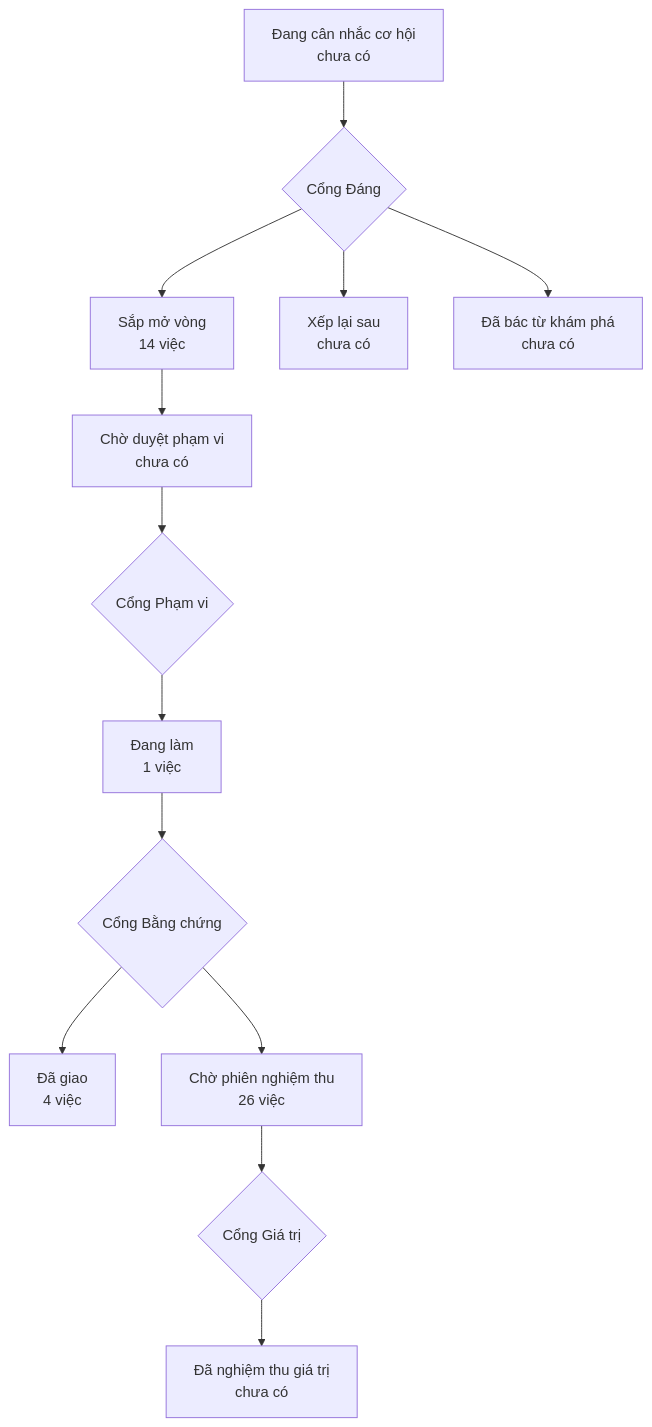
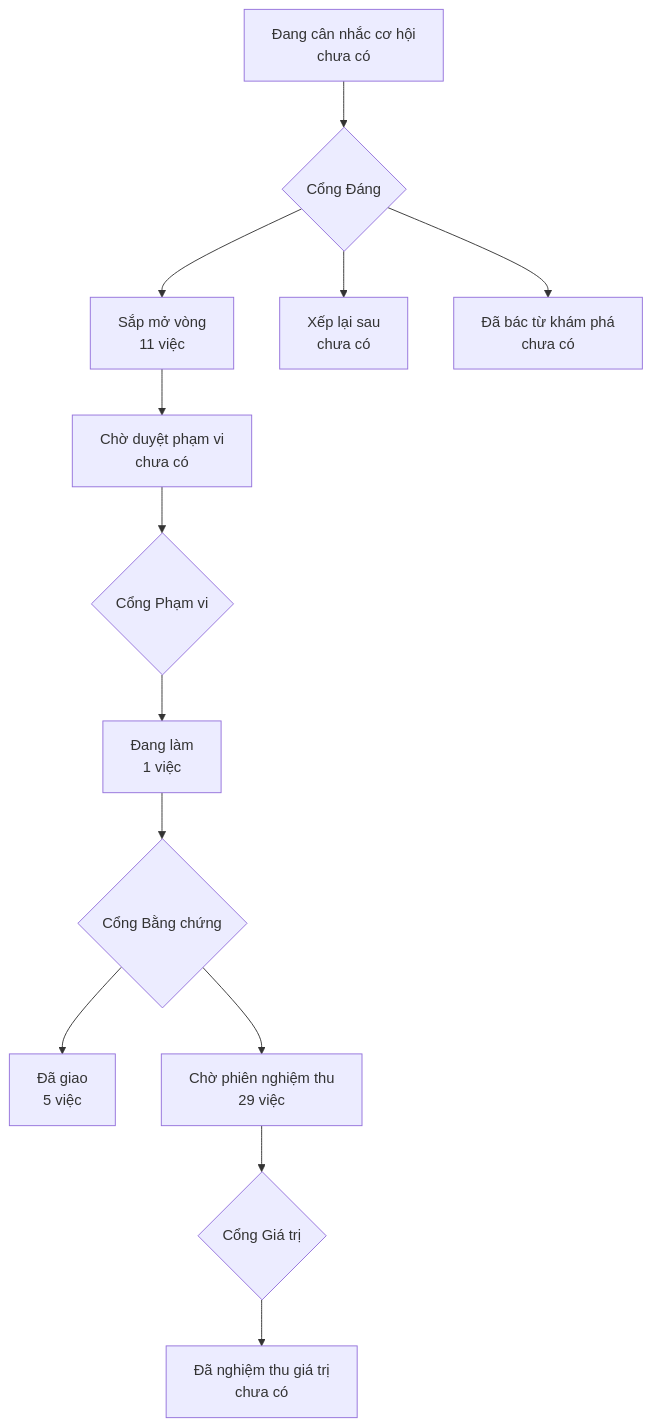
One commit to phanlemanh/onehub-quy-hang changed the diagram in PRODUCT-MAP.md. Above: the diagram before and after it, drawn with Mermaid. The commit also changed other lines of this file and 1 other file, not shown here.

Commit message:
chore: vẽ lại bản đồ sau gộp main

````diff
--- a/PRODUCT-MAP.md
+++ b/PRODUCT-MAP.md
@@ -7,12 +7,12 @@
 ```mermaid
 flowchart TD
   A["Đang cân nhắc cơ hội<br/>chưa có"] --> GD{"Cổng Đáng"}
-  GD --> B["Sắp mở vòng<br/>14 việc"]
+  GD --> B["Sắp mở vòng<br/>11 việc"]
   GD --> XL["Xếp lại sau<br/>chưa có"]
   GD --> DB["Đã bác từ khám phá<br/>chưa có"]
   B --> CD["Chờ duyệt phạm vi<br/>chưa có"] --> GP{"Cổng Phạm vi"}
   GP --> DL["Đang làm<br/>1 việc"] --> GB{"Cổng Bằng chứng"}
-  GB --> DG["Đã giao<br/>4 việc"]
-  GB --> CN["Chờ phiên nghiệm thu<br/>26 việc"] --> GG{"Cổng Giá trị"}
+  GB --> DG["Đã giao<br/>5 việc"]
+  GB --> CN["Chờ phiên nghiệm thu<br/>29 việc"] --> GG{"Cổng Giá trị"}
   GG --> NT["Đã nghiệm thu giá trị<br/>chưa có"]
 ```
````
